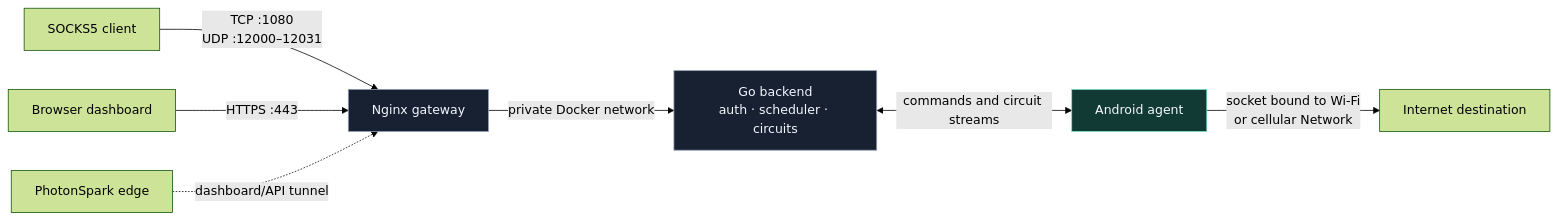
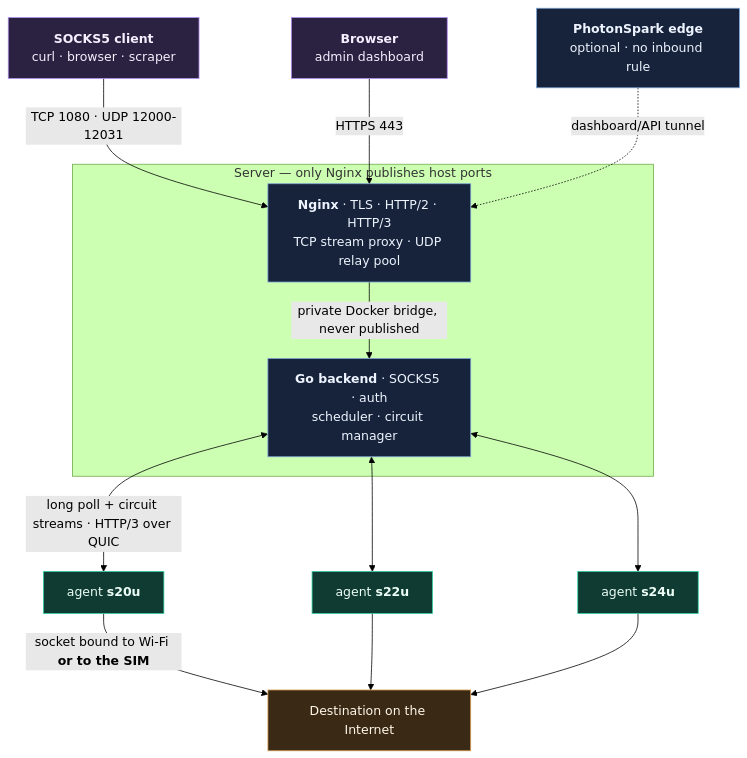
One commit to CesarPetrescu/PocketExit changed the first of 12 diagrams in README.md. Above: the diagram before and after it, drawn with Mermaid (forest theme). The commit also changed other lines of this file, not shown here.

First line of the commit message:
Rewrite README around diagrams of the system logic

````diff
--- a/README.md
+++ b/README.md
@@ -32,14 +67,33 @@
 ```mermaid
-flowchart LR
-    C[SOCKS5 client] -->|TCP :1080<br/>UDP :12000–12031| N[Nginx gateway]
-    B[Browser dashboard] -->|HTTPS :443| N
-    N -->|private Docker network| G[Go backend<br/>auth · scheduler · circuits]
-    G <-->|commands and circuit streams| A[Android agent]
-    A -->|socket bound to Wi-Fi<br/>or cellular Network| I[Internet destination]
-    S[PhotonSpark edge] -. dashboard/API tunnel .-> N
+flowchart TB
+    CLI["<b>SOCKS5 client</b><br/>curl · browser · scraper"]
+    BROWSER["<b>Browser</b><br/>admin dashboard"]
+    SPARK["<b>PhotonSpark edge</b><br/>optional · no inbound rule"]
 
-    classDef phone fill:#123a34,stroke:#7ce4c2,color:#f3f7ff
-    classDef server fill:#172131,stroke:#93a0b5,color:#f3f7ff
-    class A phone
-    class N,G server
+    CLI -->|"TCP 1080 · UDP 12000-12031"| NGINX
+    BROWSER -->|"HTTPS 443"| NGINX
+    SPARK -.->|"dashboard/API tunnel"| NGINX
+
+    subgraph vps["Server — only Nginx publishes host ports"]
+        NGINX["<b>Nginx</b> · TLS · HTTP/2 · HTTP/3<br/>TCP stream proxy · UDP relay pool"]
+        GO["<b>Go backend</b> · SOCKS5 · auth<br/>scheduler · circuit manager"]
+        NGINX -->|"private Docker bridge, never published"| GO
+    end
+
+    GO <-->|"long poll + circuit streams · HTTP/3 over QUIC"| P1["agent <b>s20u</b>"]
+    GO <--> P2["agent <b>s22u</b>"]
+    GO <--> P3["agent <b>s24u</b>"]
+
+    P1 -->|"socket bound to Wi-Fi <b>or to the SIM</b>"| DEST["Destination on the Internet"]
+    P2 --> DEST
+    P3 --> DEST
+
+    classDef client fill:#2b2140,stroke:#b18cf0,color:#f5efff
+    classDef server fill:#16233a,stroke:#7aa2d6,color:#eef4ff
+    classDef phone fill:#0f3b33,stroke:#34d3a6,color:#ecfdf5
+    classDef net fill:#3a2a15,stroke:#e0a458,color:#fff6e8
+    class CLI,BROWSER client
+    class NGINX,GO,SPARK server
+    class P1,P2,P3 phone
+    class DEST net
 ```
````
